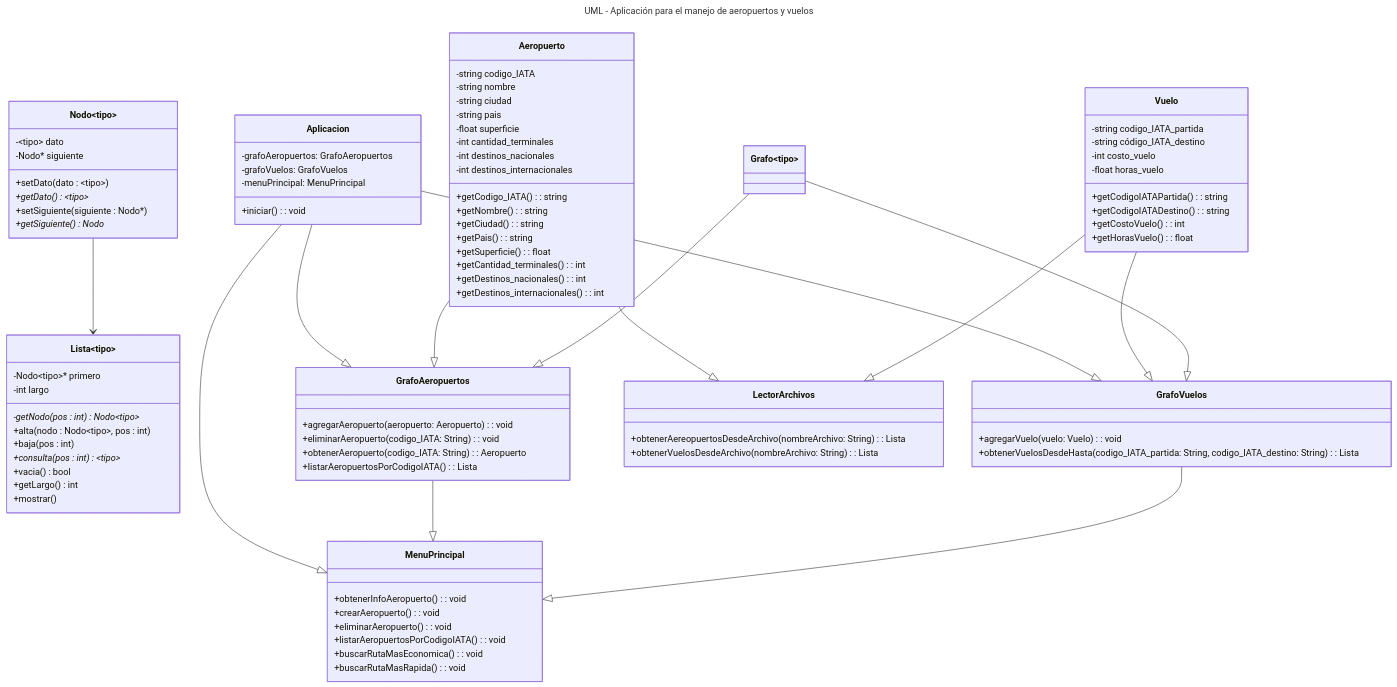
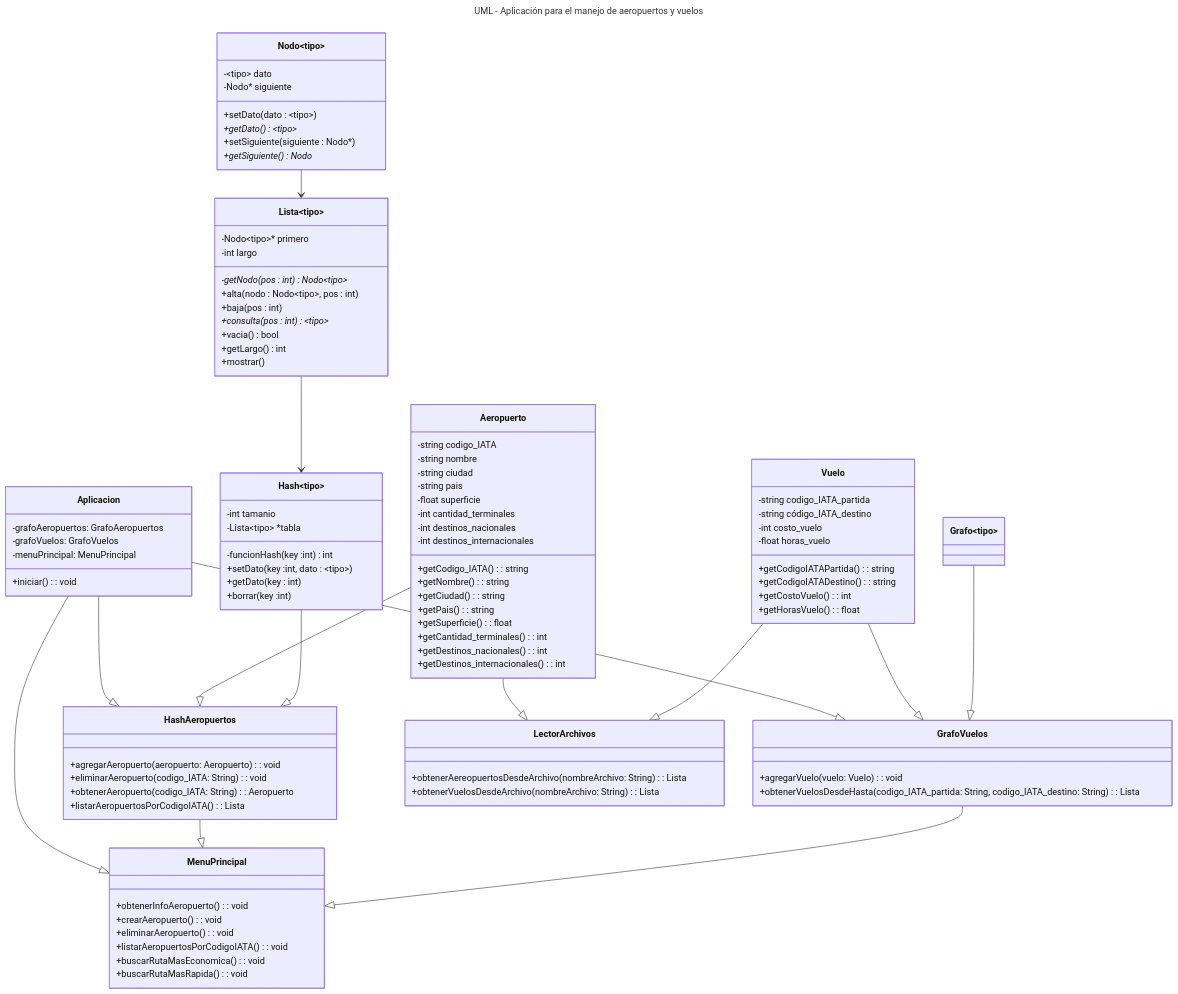
One commit to Algoritmos-2023c2-Grupo1/tp-final changed the diagram in README.md. Above: the diagram before and after it, drawn with Mermaid.

Commit message:
Update README.md hash y herencia

````diff
--- a/README.md
+++ b/README.md
@@ -99,10 +99,16 @@
 ---
 
 classDiagram
-    class Grafo~tipo~ {
 
+    class Nodo~tipo~ {
+        -~tipo~ dato
+        -Nodo* siguiente
+        +setDato(dato : ~tipo~)
+        +getDato() ~tipo~*
+        +setSiguiente(siguiente : Nodo*)
+        +getSiguiente() Nodo*
     }
-    
+
     class Lista~tipo~ {
 	-Nodo~tipo~* primero
         -int largo
@@ -115,15 +121,19 @@
         +mostrar()
     }
 
-    class Nodo~tipo~ {
-        -~tipo~ dato
-        -Nodo* siguiente
-        +setDato(dato : ~tipo~)
-        +getDato() ~tipo~*
-        +setSiguiente(siguiente : Nodo*)
-        +getSiguiente() Nodo*
+    class Hash~tipo~ {
+        -int tamanio
+        -Lista~tipo~ *tabla
+        -funcionHash(key :int) int
+        +setDato(key :int, dato : ~tipo~)
+        +getDato(key : int)
+        +borrar(key :int)
     }
 
+    class Grafo~tipo~ {
+
+    }
+    
     class Aeropuerto {
         -string codigo_IATA 
         -string nombre 
@@ -154,7 +164,7 @@
         +getHorasVuelo() : float
     }
     
-    class GrafoAeropuertos {
+    class HashAeropuertos {
         +agregarAeropuerto(aeropuerto: Aeropuerto): void
         +eliminarAeropuerto(codigo_IATA: String): void
         +obtenerAeropuerto(codigo_IATA: String): Aeropuerto
@@ -188,19 +198,25 @@
     }
 
     Nodo~tipo~ --> Lista~tipo~
+    Lista~tipo~ --> Hash~tipo~
 
-    Aplicacion --|> GrafoAeropuertos
+    Aplicacion --|> HashAeropuertos
     Aplicacion --|> GrafoVuelos
     Aplicacion --|> MenuPrincipal
 		
     Aeropuerto --|> LectorArchivos
-    Aeropuerto --|> GrafoAeropuertos
+    Aeropuerto --|> HashAeropuertos
     
-    GrafoAeropuertos --|> MenuPrincipal
+    HashAeropuertos --|> MenuPrincipal
+
     GrafoVuelos --|> MenuPrincipal
+
     Vuelo --|> LectorArchivos
     Vuelo --|> GrafoVuelos
 
+    Hash~tipo~ --|> HashAeropuertos
+
     Grafo --|> GrafoVuelos
-    Grafo --|> GrafoAeropuertos
+
+    
 ```
````
